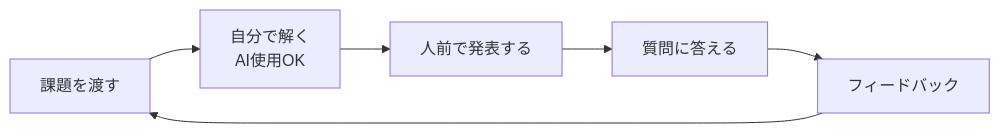
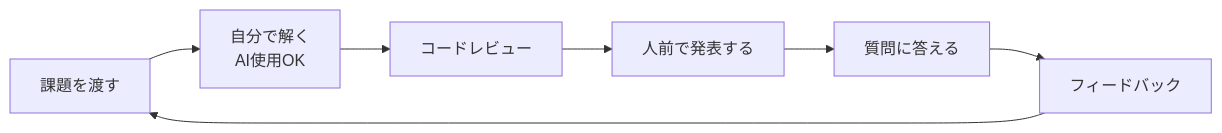
Before and after one commit to Muniseozen/my-qiita: the diagram in public/mentoring-ai.md, drawn with Mermaid. The commit also changed other lines of this file, not shown here.

````diff
--- a/public/mentoring-ai.md
+++ b/public/mentoring-ai.md
@@ -54,4 +54,4 @@
 ```mermaid
 flowchart LR
-    A[課題を渡す] --> B[自分で解く<br>AI使用OK] --> C[人前で発表する] --> D[質問に答える] --> E[フィードバック] --> A
+    A[課題を渡す] --> B[自分で解く<br>AI使用OK] --> R[コードレビュー] --> C[人前で発表する] --> D[質問に答える] --> E[フィードバック] --> A
 ```
````
